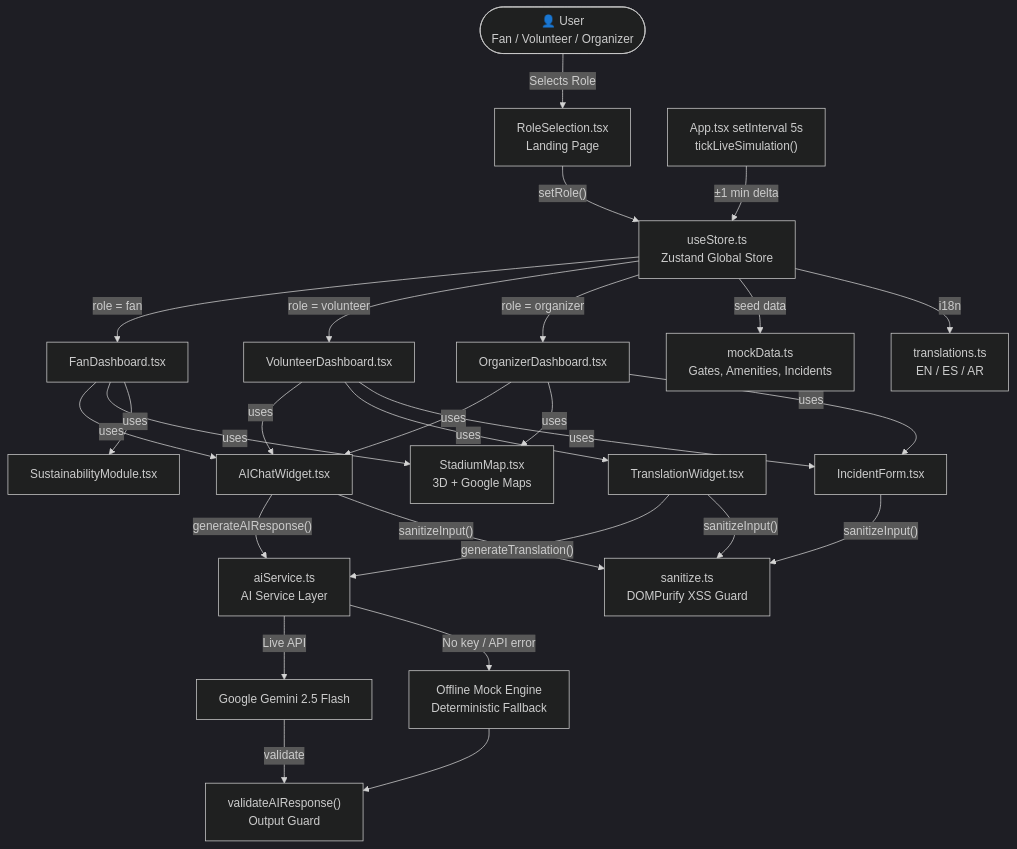
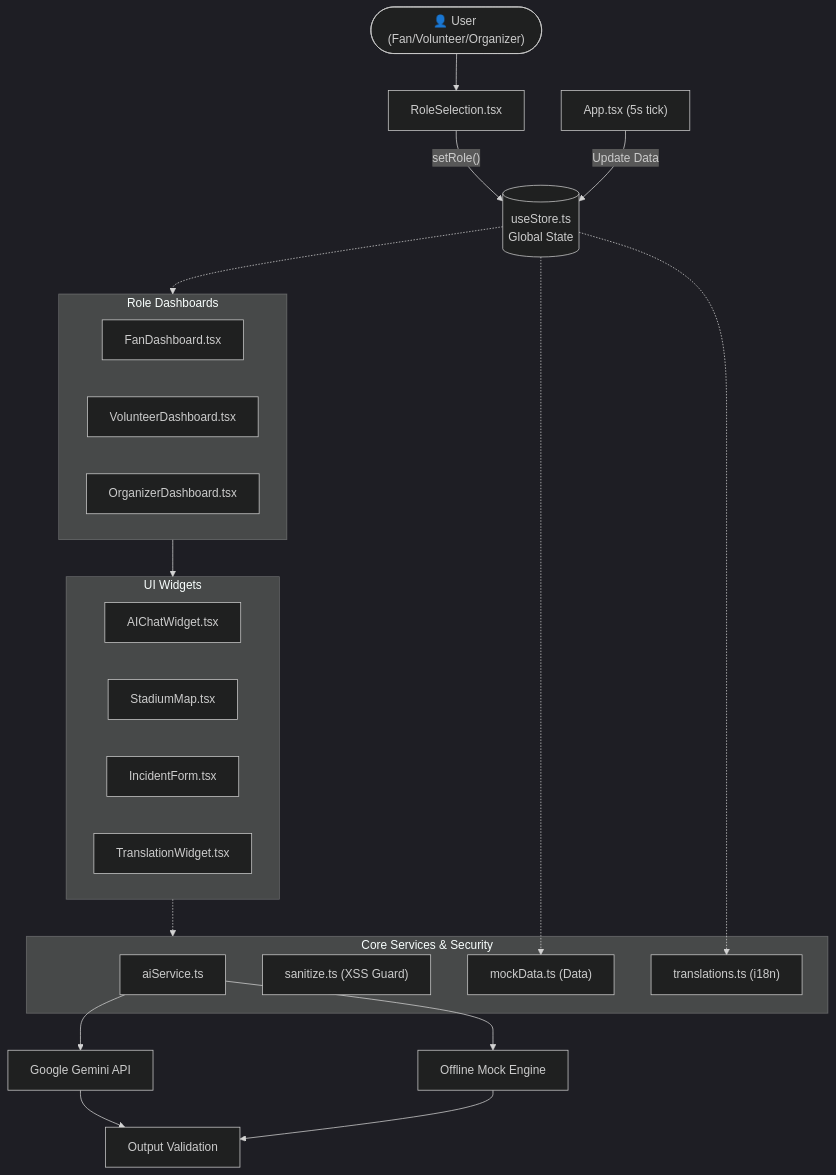
The diagram in README.md (MOHDUBES/Smart-Stadium-Tournament-Operations-), drawn with Mermaid (dark theme) before and after one commit.

Commit message:
docs: simplify Technical Architecture Mermaid diagram for clean GitHub rendering
- Removed nested subgraphs-inside-subgraphs that caused cramped rendering
- Replaced with a clean flat flowchart matching the Player-to-Screen pipeline

````diff
--- a/README.md
+++ b/README.md
@@ -118,41 +118,43 @@
 ```mermaid
 flowchart TD
-    User(["👤 User\nFan / Volunteer / Organizer"])
+    %% Core User Flow
+    User(["👤 User (Fan/Volunteer/Organizer)"]) --> RoleSelection["RoleSelection.tsx"]
+    RoleSelection -->|"setRole()"| Store[("useStore.ts\nGlobal State")]
 
-    User -->|"Selects Role"| RoleSelection["RoleSelection.tsx\nLanding Page"]
-    RoleSelection -->|"setRole()"| Store["useStore.ts\nZustand Global Store"]
+    %% Dashboards
+    subgraph Dashboards["Role Dashboards"]
+        Fan["FanDashboard.tsx"]
+        Vol["VolunteerDashboard.tsx"]
+        Org["OrganizerDashboard.tsx"]
+    end
+    Store -.-> Dashboards
 
-    Store -->|"role = fan"| Fan["FanDashboard.tsx"]
-    Store -->|"role = volunteer"| Vol["VolunteerDashboard.tsx"]
-    Store -->|"role = organizer"| Org["OrganizerDashboard.tsx"]
+    %% Components
+    subgraph Components["UI Widgets"]
+        Chat["AIChatWidget.tsx"]
+        Map["StadiumMap.tsx"]
+        Inc["IncidentForm.tsx"]
+        Trans["TranslationWidget.tsx"]
+    end
+    Dashboards --> Components
 
-    Fan -->|"uses"| Chat["AIChatWidget.tsx"]
-    Fan -->|"uses"| Map["StadiumMap.tsx\n3D + Google Maps"]
-    Fan -->|"uses"| Eco["SustainabilityModule.tsx"]
+    %% Services
+    subgraph Services["Core Services & Security"]
+        AIService["aiService.ts"]
+        DOMPurify["sanitize.ts (XSS Guard)"]
+        MockData["mockData.ts (Data)"]
+        I18n["translations.ts (i18n)"]
+    end
+    Components -.-> Services
+    Store -.-> MockData
+    Store -.-> I18n
 
-    Vol -->|"uses"| Chat
-    Vol -->|"uses"| Trans["TranslationWidget.tsx"]
-    Vol -->|"uses"| Inc["IncidentForm.tsx"]
-
-    Org -->|"uses"| Chat
-    Org -->|"uses"| Map
-    Org -->|"uses"| Inc
-
-    Chat -->|"generateAIResponse()"| AIService["aiService.ts\nAI Service Layer"]
-    Trans -->|"generateTranslation()"| AIService
-
-    AIService -->|"Live API"| Gemini["Google Gemini 2.5 Flash"]
-    AIService -->|"No key / API error"| Mock["Offline Mock Engine\nDeterministic Fallback"]
-
-    Gemini -->|"validate"| Output["validateAIResponse()\nOutput Guard"]
+    %% AI Pipeline
+    AIService --> Gemini["Google Gemini API"]
+    AIService --> Mock["Offline Mock Engine"]
+    Gemini --> Output["Output Validation"]
     Mock --> Output
 
-    Chat -->|"sanitizeInput()"| DOMPurify["sanitize.ts\nDOMPurify XSS Guard"]
-    Trans -->|"sanitizeInput()"| DOMPurify
-    Inc -->|"sanitizeInput()"| DOMPurify
-
-    Store -->|"seed data"| MockData["mockData.ts\nGates, Amenities, Incidents"]
-    Store -->|"i18n"| I18n["translations.ts\nEN / ES / AR"]
-
-    SimTick["App.tsx setInterval 5s\ntickLiveSimulation()"] -->|"±1 min delta"| Store
+    %% Simulation
+    SimTick["App.tsx (5s tick)"] -->|"Update Data"| Store
 ```
````
